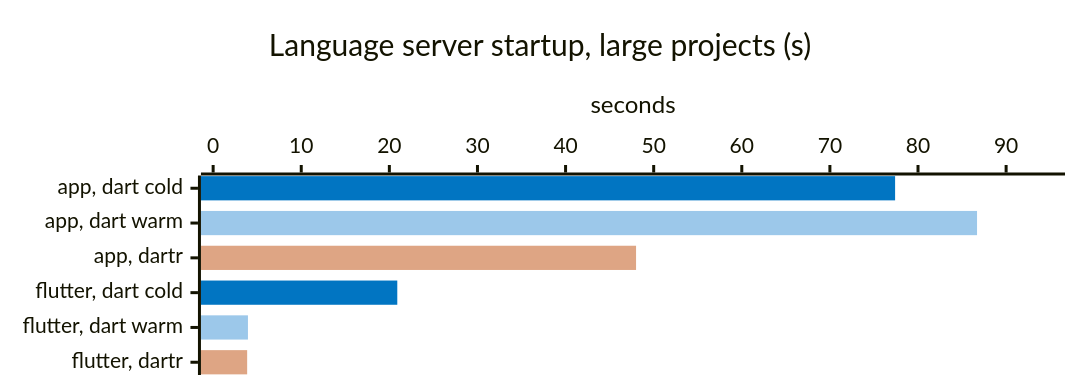
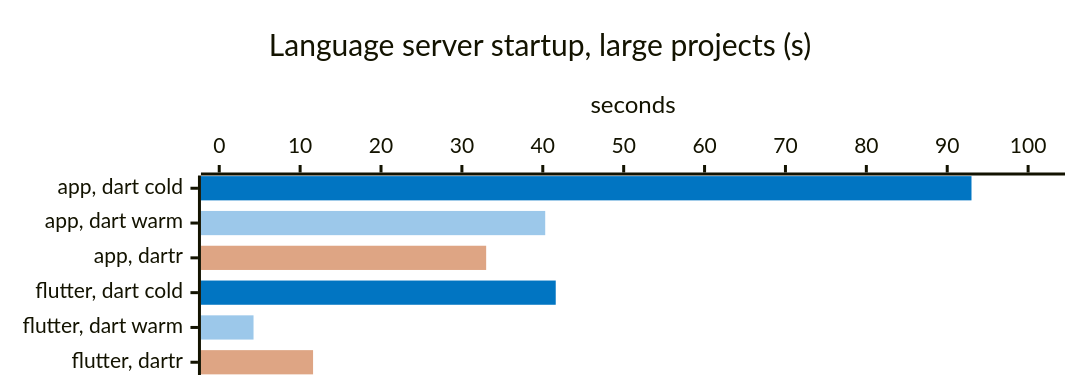
Before and after one commit to orestesgaolin/dartr: the fourth of 15 diagrams in docs/BENCHMARKS.md, drawn with Mermaid. The commit also changed other lines of this file and 3 other files, not shown here.

````diff
--- a/docs/BENCHMARKS.md
+++ b/docs/BENCHMARKS.md
@@ -77,18 +77,18 @@
 ```mermaid
 ---
 config:
   xyChart:
     height: 240
   themeVariables:
     xyChart:
       plotColorPalette: "#0175C2, #9CC8EA, #DEA584"
 ---
 xychart-beta horizontal
     %% -100 = no bar: one series per measurement gives each its own color
     title "Language server startup, large projects (s)"
     x-axis ["app, dart cold", "app, dart warm", "app, dartr", "flutter, dart cold", "flutter, dart warm", "flutter, dartr"]
-    y-axis "seconds" 0 --> 95.3
-    bar [77.4, -100, -100, 20.9, -100, -100]
-    bar [-100, 86.7, -100, -100, 3.95, -100]
-    bar [-100, -100, 48.0, -100, -100, 3.86]
+    y-axis "seconds" 0 --> 102.3
+    bar [93.0, -100, -100, 41.6, -100, -100]
+    bar [-100, 40.3, -100, -100, 4.24, -100]
+    bar [-100, -100, 33.0, -100, -100, 11.6]
 ```
````
